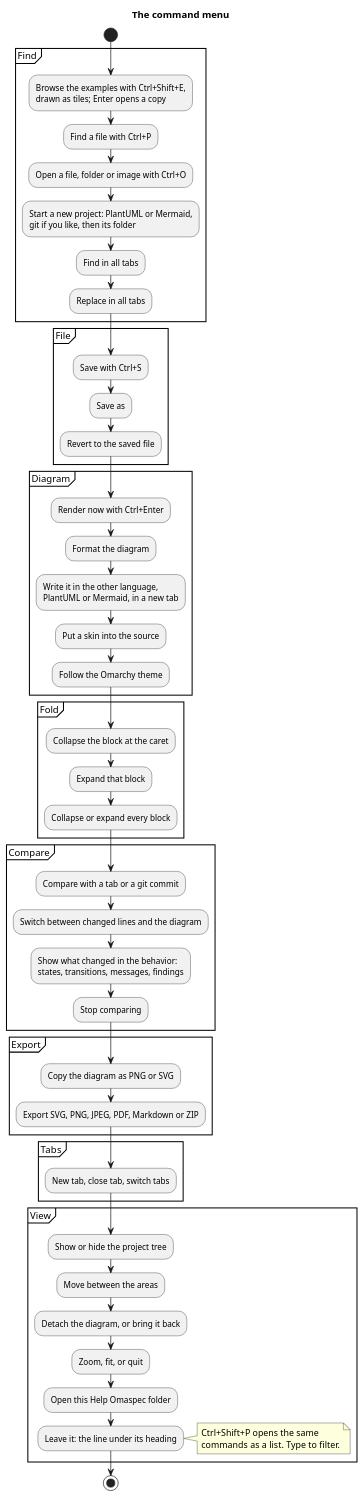
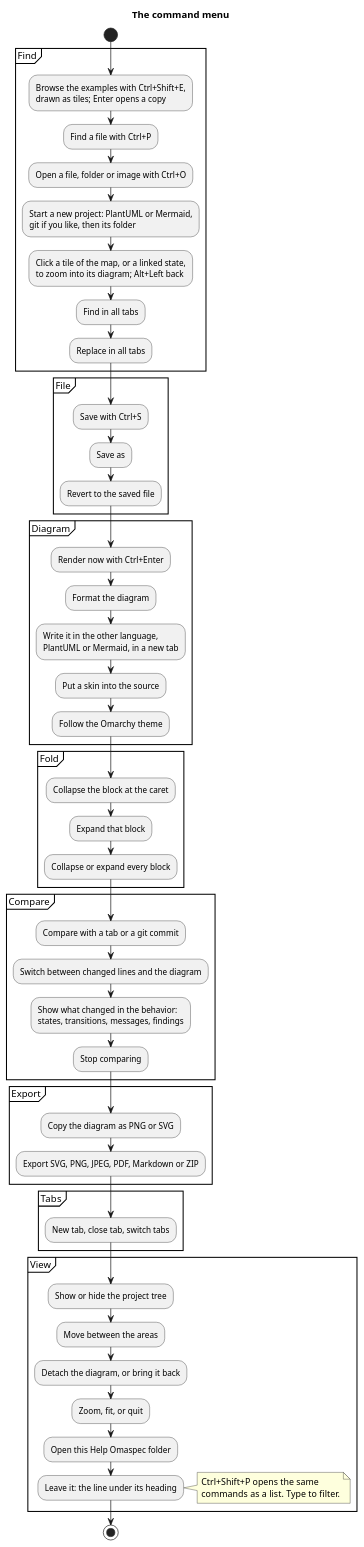
Before and after one commit to enhapu-afk/omaspec: the diagram in examples/Help Omaspec/menu.puml, drawn with PlantUML. The commit also changed 33 other files, not shown here.

First line of the commit message:
feat: diagrams link by name, and a project has a map

```diff
--- a/examples/Help Omaspec/menu.puml
+++ b/examples/Help Omaspec/menu.puml
@@ -1,59 +1,61 @@
 @startuml
 title The command menu
 start
 partition Find {
   :Browse the examples with Ctrl+Shift+E,
   drawn as tiles; Enter opens a copy;
   :Find a file with Ctrl+P;
   :Open a file, folder or image with Ctrl+O;
   :Start a new project: PlantUML or Mermaid,
   git if you like, then its folder;
+  :Click a tile of the map, or a linked state,
+  to zoom into its diagram; Alt+Left back;
   :Find in all tabs;
   :Replace in all tabs;
 }
 partition File {
   :Save with Ctrl+S;
   :Save as;
   :Revert to the saved file;
 }
 partition Diagram {
   :Render now with Ctrl+Enter;
   :Format the diagram;
   :Write it in the other language,
   PlantUML or Mermaid, in a new tab;
   :Put a skin into the source;
   :Follow the Omarchy theme;
 }
 partition Fold {
   :Collapse the block at the caret;
   :Expand that block;
   :Collapse or expand every block;
 }
 partition Compare {
   :Compare with a tab or a git commit;
   :Switch between changed lines and the diagram;
   :Show what changed in the behavior:
   states, transitions, messages, findings;
   :Stop comparing;
 }
 partition Export {
   :Copy the diagram as PNG or SVG;
   :Export SVG, PNG, JPEG, PDF, Markdown or ZIP;
 }
 partition Tabs {
   :New tab, close tab, switch tabs;
 }
 partition View {
   :Show or hide the project tree;
   :Move between the areas;
   :Detach the diagram, or bring it back;
   :Zoom, fit, or quit;
   :Open this Help Omaspec folder;
   :Leave it: the line under its heading;
   note right
     Ctrl+Shift+P opens the same
     commands as a list. Type to filter.
   end note
 }
 stop
 @enduml
```
